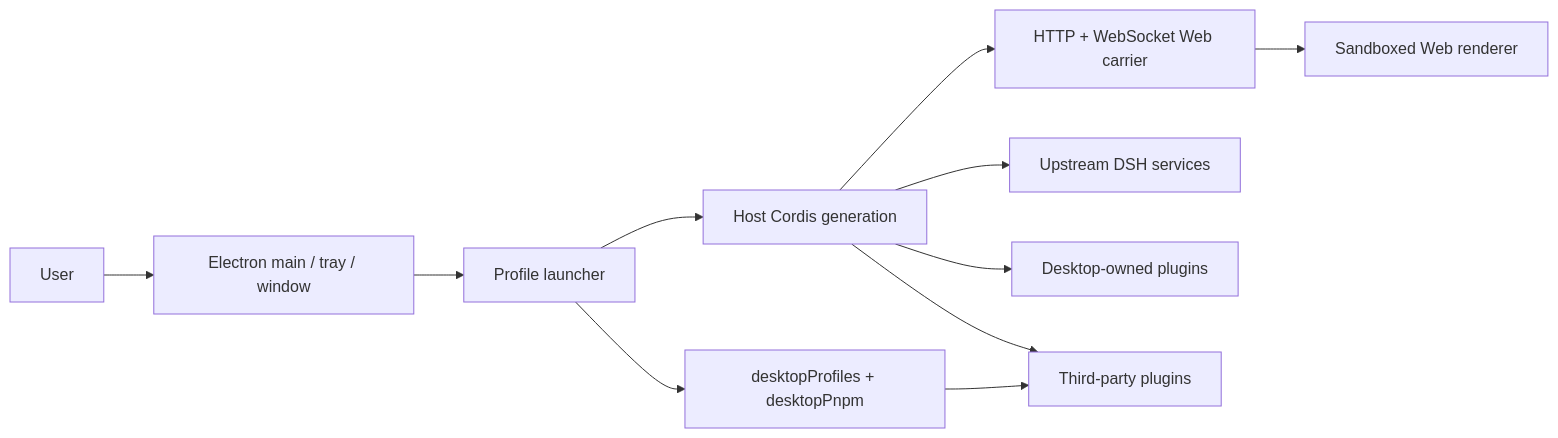
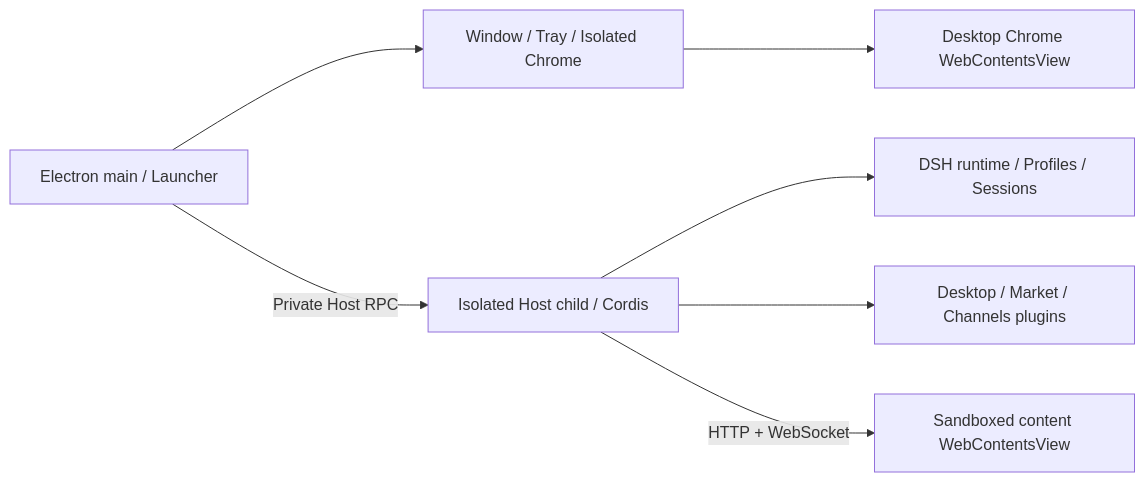
One commit to AngusFan-GH/ClawClaw changed the diagram in docs/architecture.en.md. Above: the diagram before and after it, drawn with Mermaid. The commit also changed other lines of this file and 49 other files, not shown here.

````diff
--- a/docs/architecture.en.md
+++ b/docs/architecture.en.md
@@ -7,13 +9,9 @@
 ```mermaid
 flowchart LR
-  User[User] --> Native[Electron main / tray / window]
-  Native --> Launcher[Profile launcher]
-  Launcher --> Host[Host Cordis generation]
-  Host --> Carrier[HTTP + WebSocket Web carrier]
-  Carrier --> Renderer[Sandboxed Web renderer]
-  Host --> Upstream[Upstream DSH services]
-  Host --> Desktop[Desktop-owned plugins]
-  Host --> ThirdParty[Third-party plugins]
-  Launcher --> Services[desktopProfiles + desktopPnpm]
-  Services --> ThirdParty
+  Main[Electron main / Launcher] --> Native[Window / Tray / Isolated Chrome]
+  Main -->|Private Host RPC| Host[Isolated Host child / Cordis]
+  Host --> DSH[DSH runtime / Profiles / Sessions]
+  Host --> Plugins[Desktop / Market / Channels plugins]
+  Host -->|HTTP + WebSocket| Content[Sandboxed content WebContentsView]
+  Native --> Frame[Desktop Chrome WebContentsView]
 ```
````
